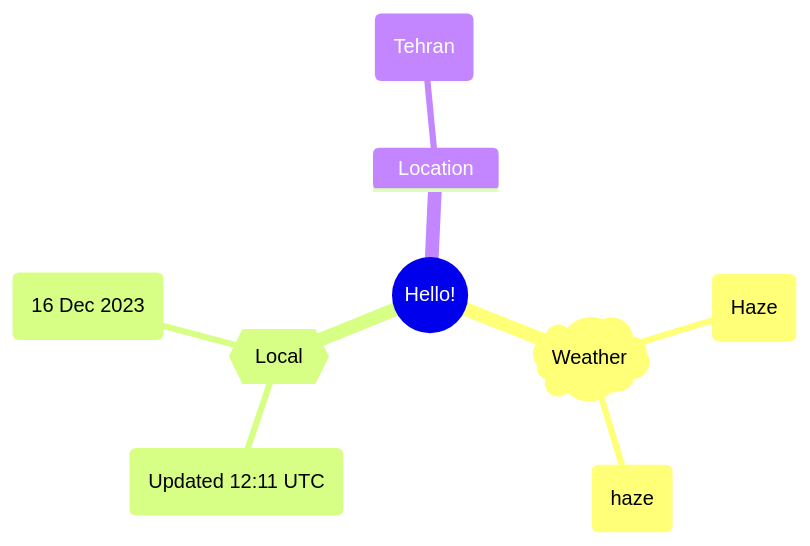
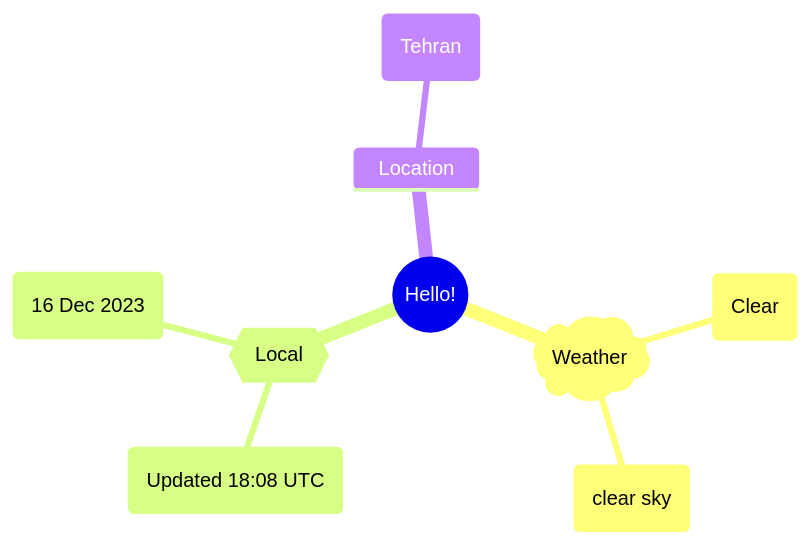
Before and after one commit to Xosrov/Xosrov: the first of 2 diagrams in README.md, drawn with Mermaid.

Commit message:
[bot] updated images

````diff
--- a/README.md
+++ b/README.md
@@ -3,12 +3,12 @@
 ```mermaid
 mindmap
   root((Hello!))
     )Weather(
-        (Haze)
-        (haze)
+        (Clear)
+        (clear sky)
     {{Local}}
-        (Updated 12:11 UTC)
+        (Updated 18:08 UTC)
         (16 Dec 2023)
     Location
         (Tehran)
 ```
````
